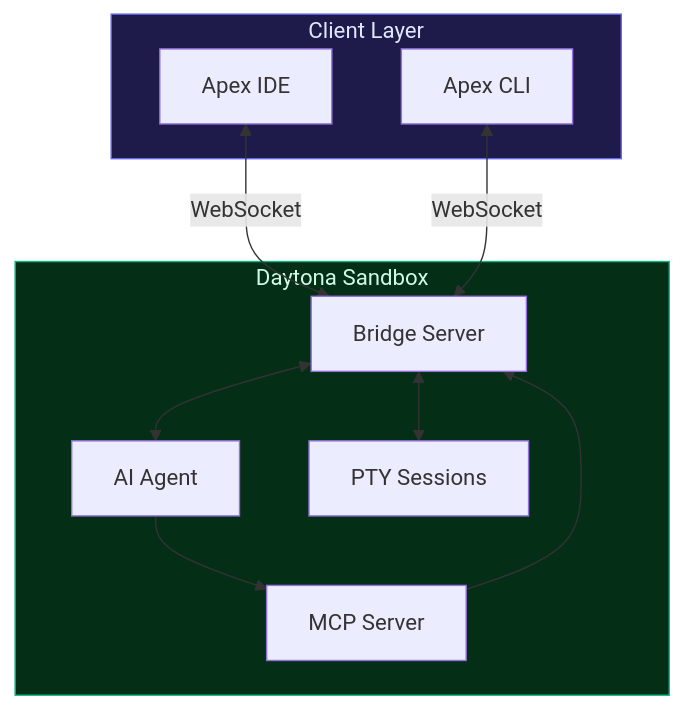
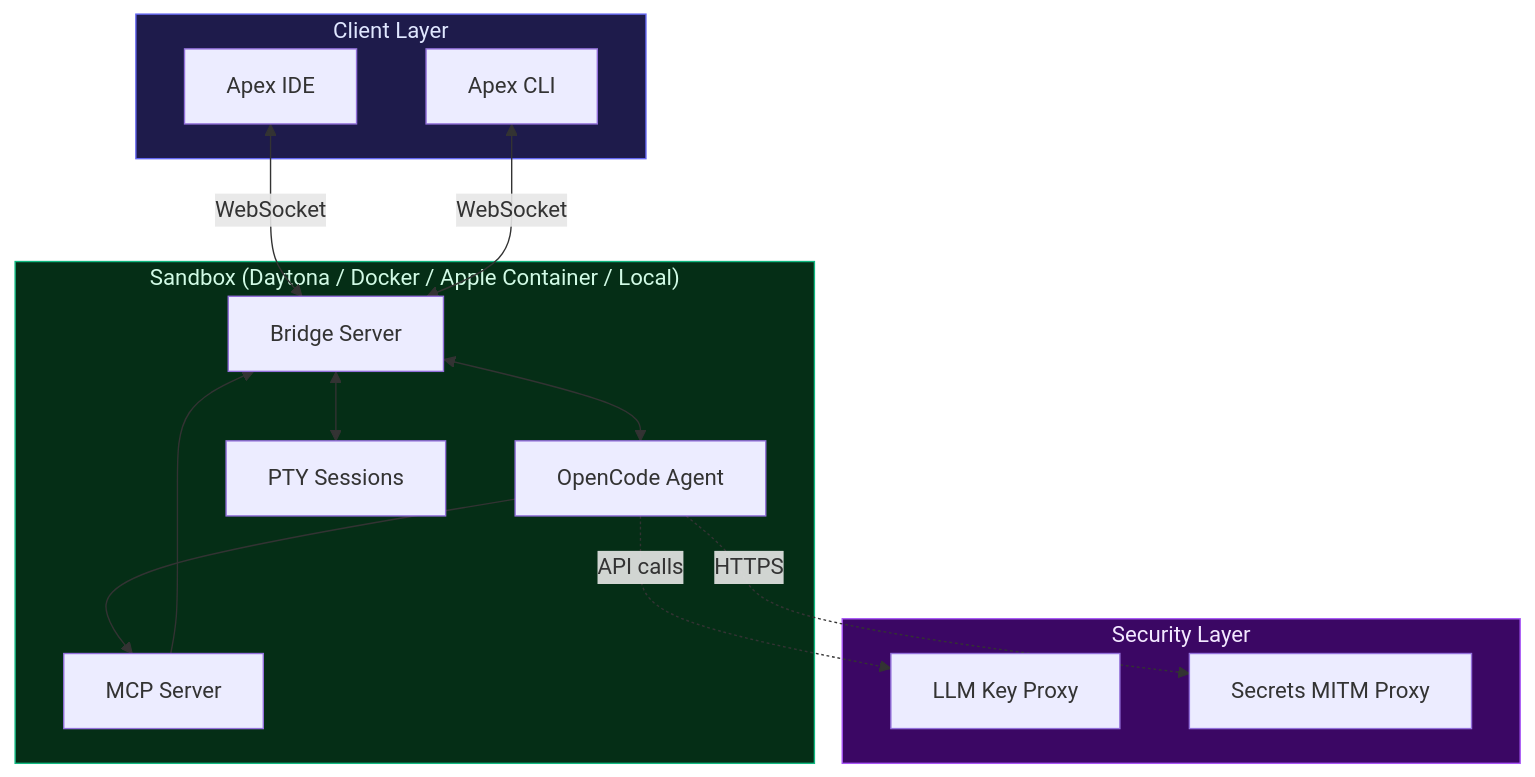
The diagram in README.md (vedranjukic/apex), drawn with Mermaid before and after one commit. The commit also changed other lines of this file and 13 other files, not shown here.

````diff
--- a/README.md
+++ b/README.md
@@ -30,25 +30,33 @@
 ```mermaid
 graph TB
     subgraph Client["Client Layer"]
         IDE["Apex IDE"]
         CLI["Apex CLI"]
     end
 
-    subgraph Sandbox["Daytona Sandbox"]
+    subgraph Sandbox["Sandbox (Daytona / Docker / Apple Container / Local)"]
         Bridge["Bridge Server"]
-        Agent["AI Agent"]
+        Agent["OpenCode Agent"]
         MCP["MCP Server"]
         PTY["PTY Sessions"]
 
         Bridge <--> Agent
         Bridge <--> PTY
         MCP --> Bridge
         Agent --> MCP
     end
 
+    subgraph Security["Security Layer"]
+        LLM["LLM Key Proxy"]
+        Secrets["Secrets MITM Proxy"]
+    end
+
     IDE <-->|"WebSocket"| Bridge
     CLI <-->|"WebSocket"| Bridge
+    Agent -.->|"API calls"| LLM
+    Agent -.->|"HTTPS"| Secrets
 
     style Client fill:#1e1b4b,stroke:#6366f1,color:#e0e7ff
     style Sandbox fill:#052e16,stroke:#10b981,color:#d1fae5
+    style Security fill:#3b0764,stroke:#a855f7,color:#f3e8ff
 ```
````
